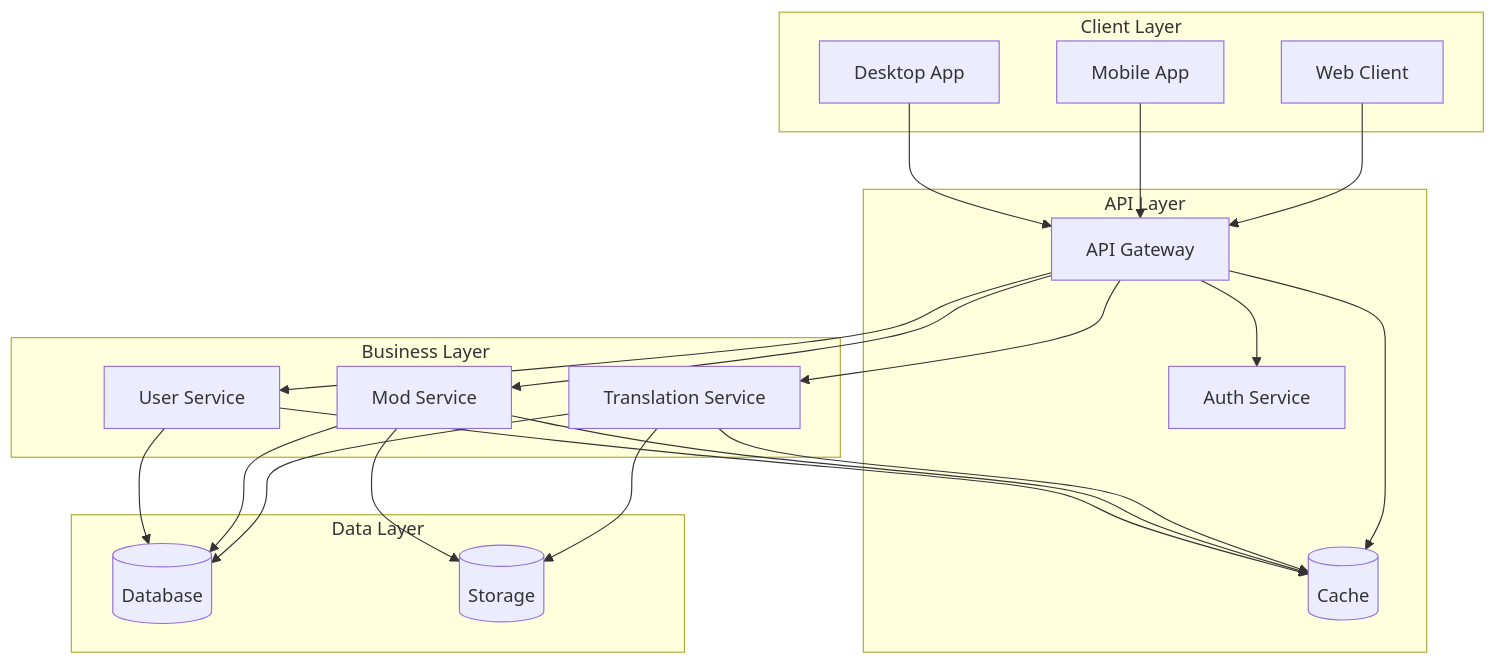
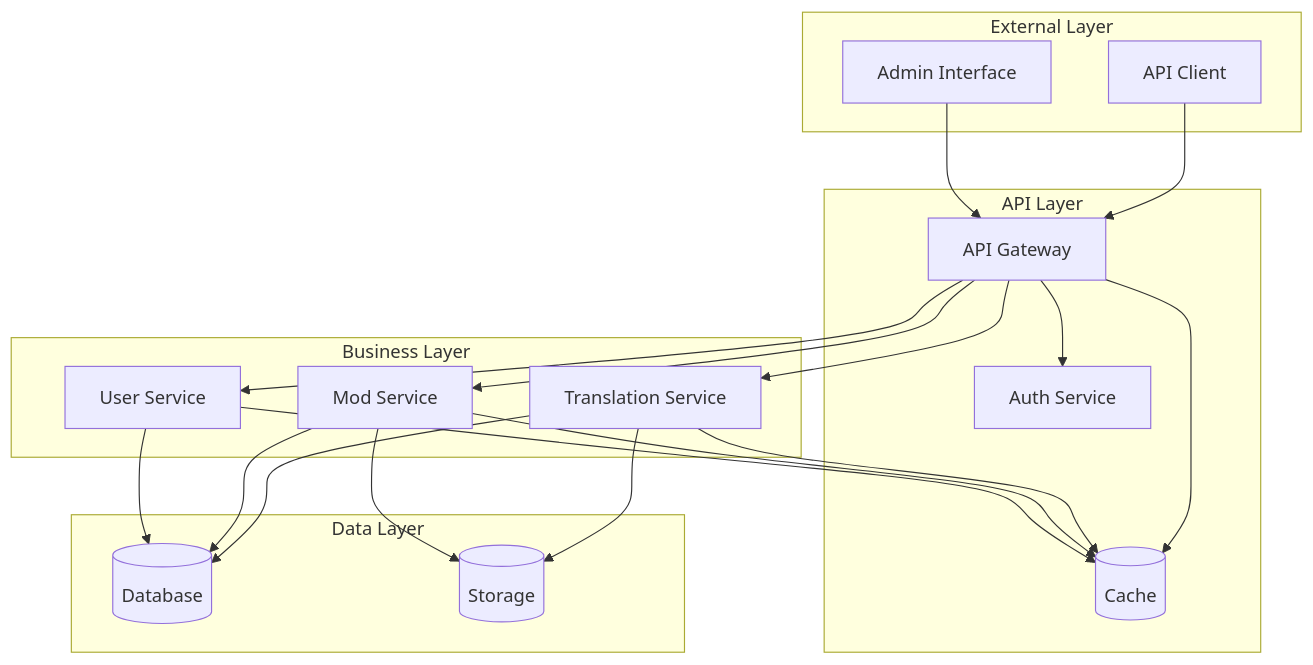
Before and after one commit to Lukianos76/project_babel: the second of 4 diagrams in docs/architecture/system-architecture.md, drawn with Mermaid. The commit also changed other lines of this file and 7 other files, not shown here.

````diff
--- a/docs/architecture/system-architecture.md
+++ b/docs/architecture/system-architecture.md
@@ -75,47 +66,45 @@
 ```mermaid
 graph TD
-    subgraph Client Layer
-        Web[Web Client]
-        Mobile[Mobile App]
-        Desktop[Desktop App]
+    subgraph External Layer
+        Client[API Client]
+        Admin[Admin Interface]
     end
 
     subgraph API Layer
         Gateway[API Gateway]
         Auth[Auth Service]
         Cache[Cache Service]
     end
 
     subgraph Business Layer
         Trans[Translation Service]
         Mod[Mod Service]
         User[User Service]
     end
 
     subgraph Data Layer
         DB[(Database)]
         Cache[(Cache)]
         Storage[(Storage)]
     end
 
-    Web --> Gateway
-    Mobile --> Gateway
-    Desktop --> Gateway
+    Client --> Gateway
+    Admin --> Gateway
 
     Gateway --> Auth
     Gateway --> Cache
     Gateway --> Trans
     Gateway --> Mod
     Gateway --> User
 
     Trans --> DB
     Trans --> Cache
     Trans --> Storage
 
     Mod --> DB
     Mod --> Cache
     Mod --> Storage
 
     User --> DB
     User --> Cache
 ```
````
